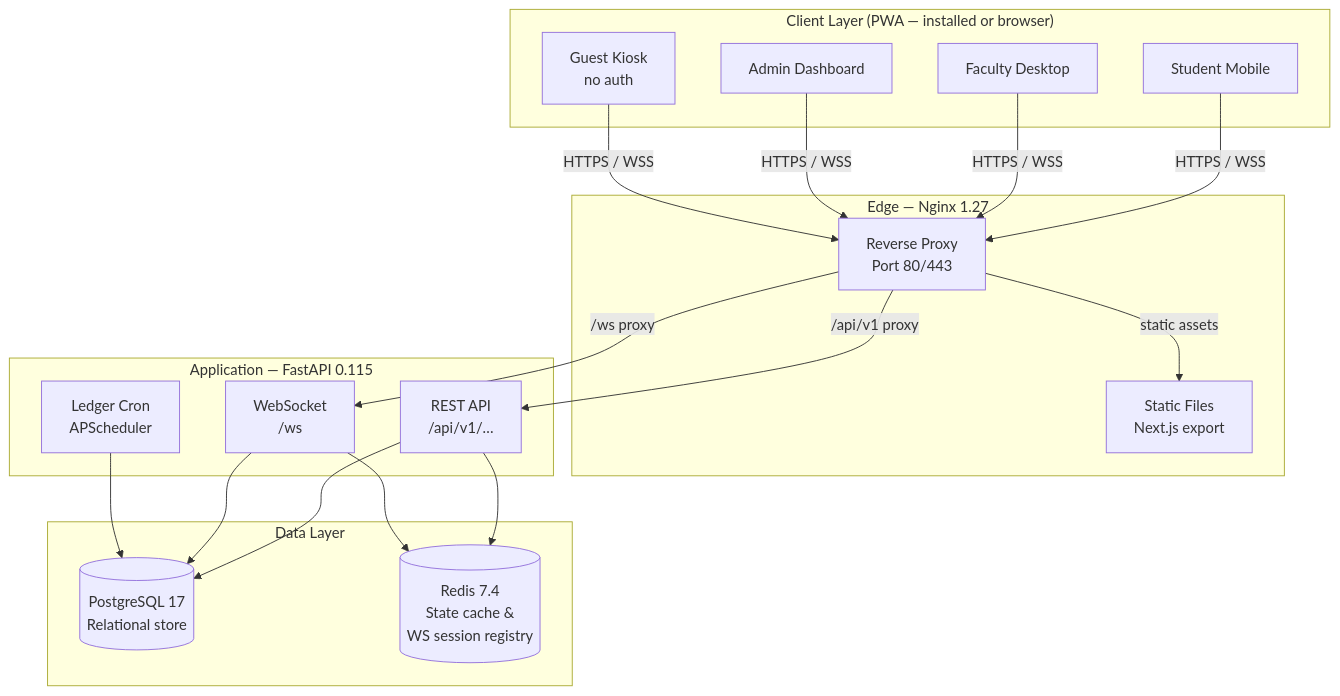
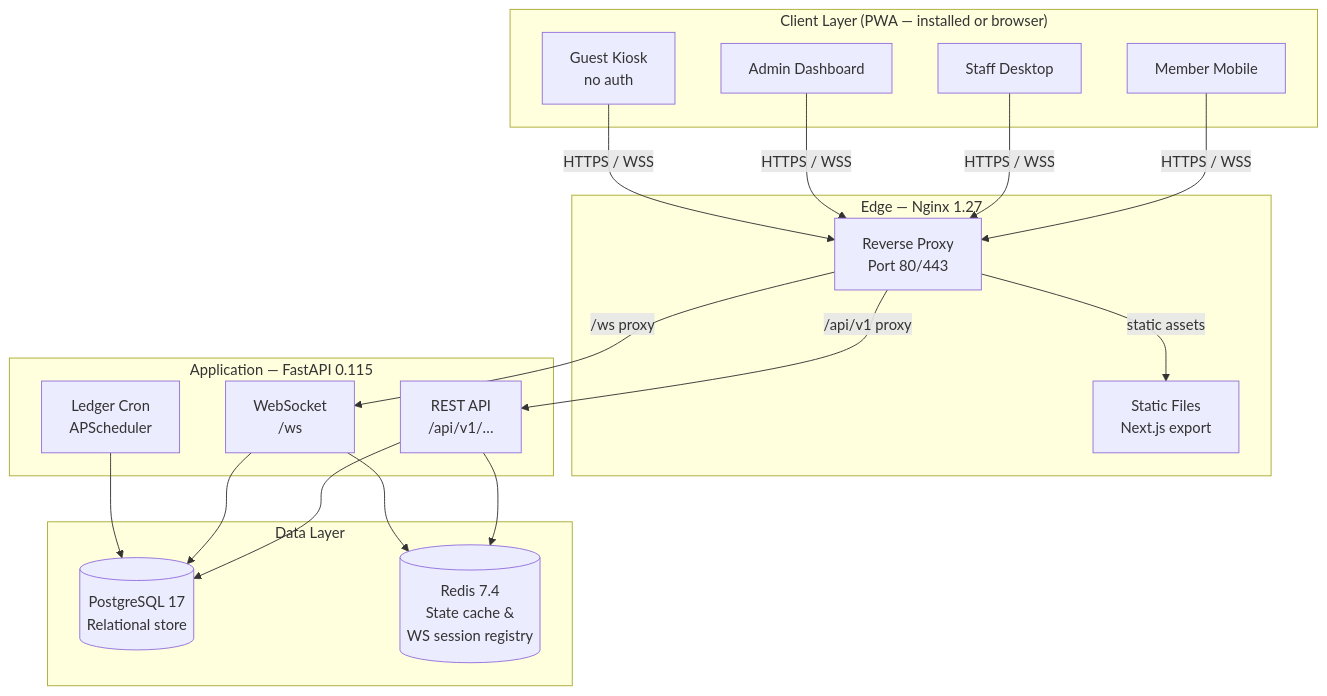
One commit to Life-Experimentalist/Chronos-Ledger changed the first of 5 diagrams in docs/architecture.md. Above: the diagram before and after it, drawn with Mermaid. The commit also changed other lines of this file and 17 other files, not shown here.

````diff
--- a/docs/architecture.md
+++ b/docs/architecture.md
@@ -7,32 +7,32 @@
 ```mermaid
 graph TB
     subgraph Clients["Client Layer (PWA — installed or browser)"]
-        S[Student Mobile]
-        F[Faculty Desktop]
+        S[Member Mobile]
+        F[Staff Desktop]
         A[Admin Dashboard]
         G[Guest Kiosk<br/>no auth]
     end
 
     subgraph Edge["Edge — Nginx 1.27"]
         NX[Reverse Proxy<br/>Port 80/443]
         ST[Static Files<br/>Next.js export]
     end
 
     subgraph App["Application — FastAPI 0.115"]
         API[REST API<br/>/api/v1/…]
         WS[WebSocket<br/>/ws]
         CRON[Ledger Cron<br/>APScheduler]
     end
 
     subgraph Data["Data Layer"]
         PG[(PostgreSQL 17<br/>Relational store)]
         RD[(Redis 7.4<br/>State cache &amp;<br/>WS session registry)]
     end
 
     S & F & A & G -->|HTTPS / WSS| NX
     NX -->|static assets| ST
     NX -->|/api/v1 proxy| API
     NX -->|/ws proxy| WS
     API & WS & CRON --> PG
     API & WS --> RD
 ```
````
